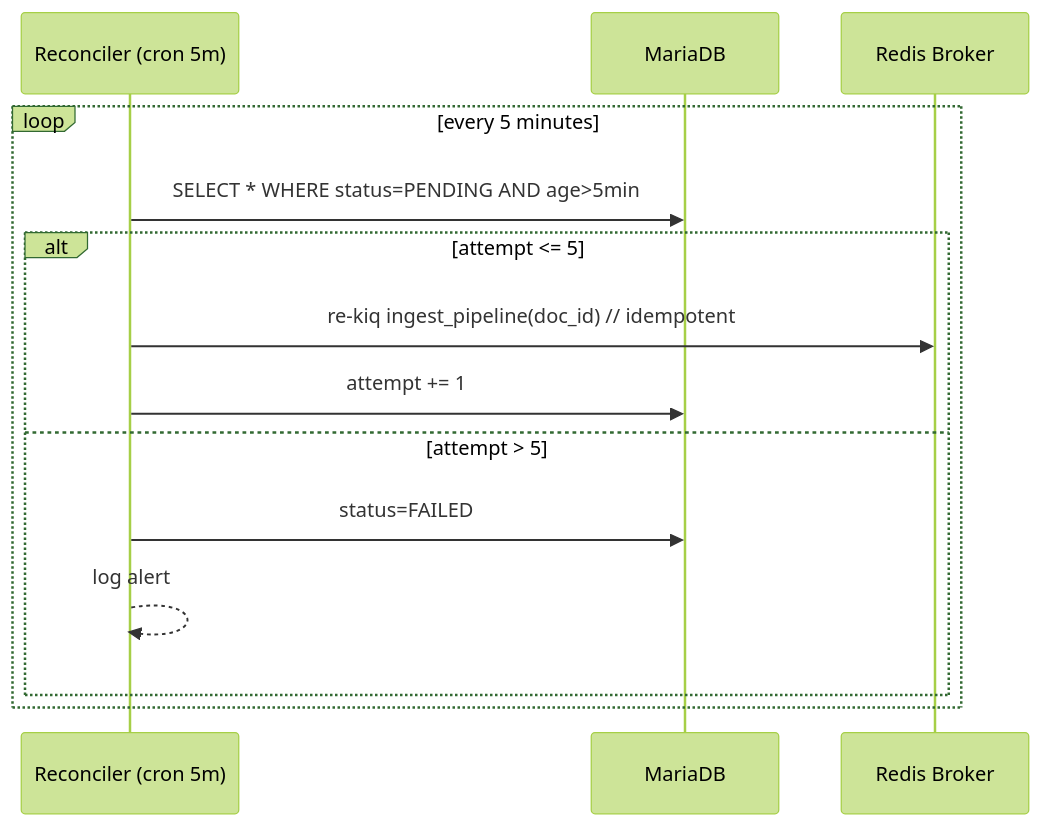
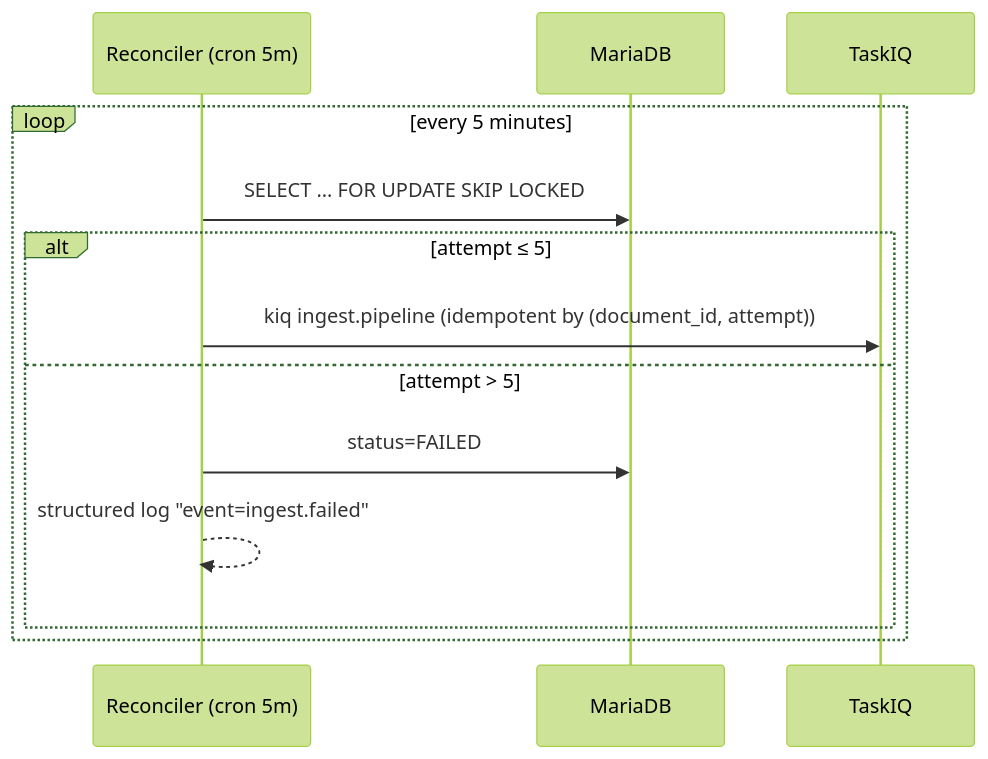
Before and after one commit to jeffweilee/ragent: the second of 4 diagrams in docs/00_spec.md, drawn with Mermaid (forest theme). The commit also changed other lines of this file and 3 other files, not shown here.

First line of the commit message:
[STRUCTURAL] Phase 1 review: ingest lifecycle + pluggable pipeline + 3rd-party APIs

````diff
--- a/docs/00_spec.md
+++ b/docs/00_spec.md
@@ -81,16 +113,15 @@
 ```mermaid
 sequenceDiagram
   participant R as Reconciler (cron 5m)
   participant DB as MariaDB
-  participant Q as Redis Broker
+  participant Q as TaskIQ
   loop every 5 minutes
-    R->>DB: SELECT * WHERE status=PENDING AND age>5min
-    alt attempt <= 5
-      R->>Q: re-kiq ingest_pipeline(doc_id)  // idempotent
-      R->>DB: attempt += 1
+    R->>DB: SELECT … FOR UPDATE SKIP LOCKED
+    alt attempt ≤ 5
+      R->>Q: kiq ingest.pipeline (idempotent by (document_id, attempt))
     else attempt > 5
       R->>DB: status=FAILED
-      R-->>R: log alert
+      R-->>R: structured log "event=ingest.failed"
     end
   end
 ```
````
